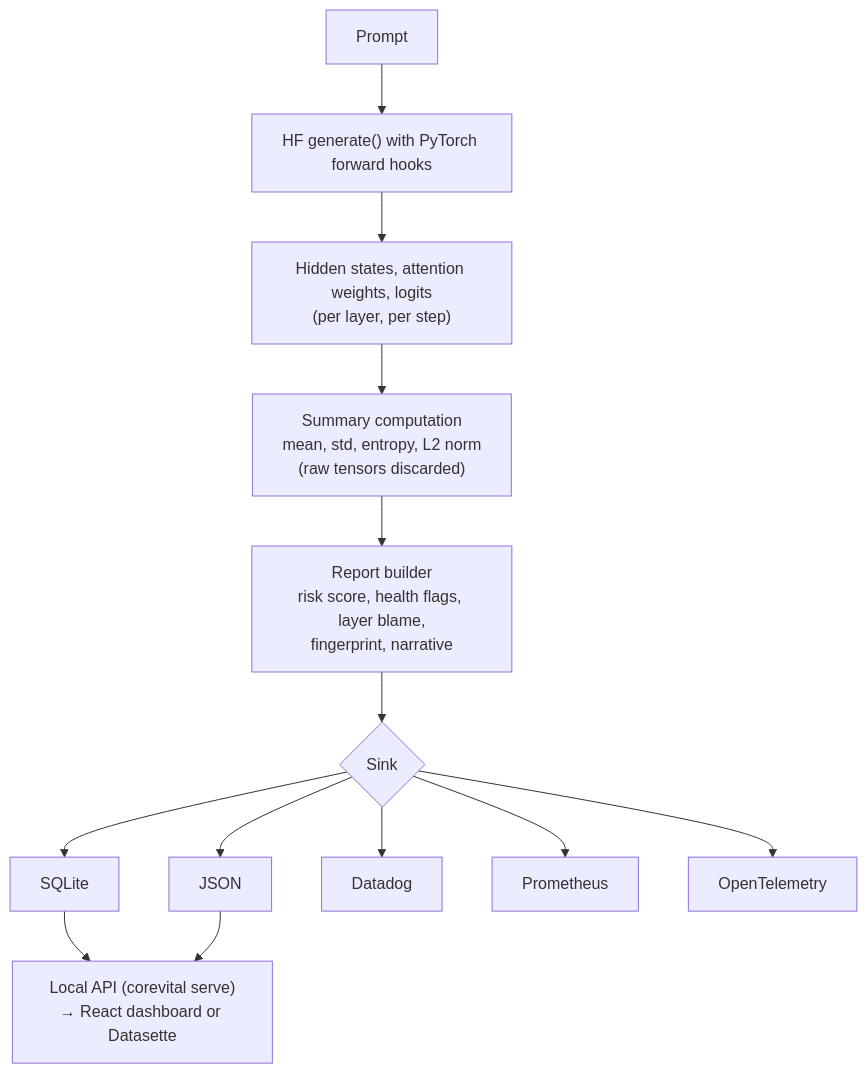
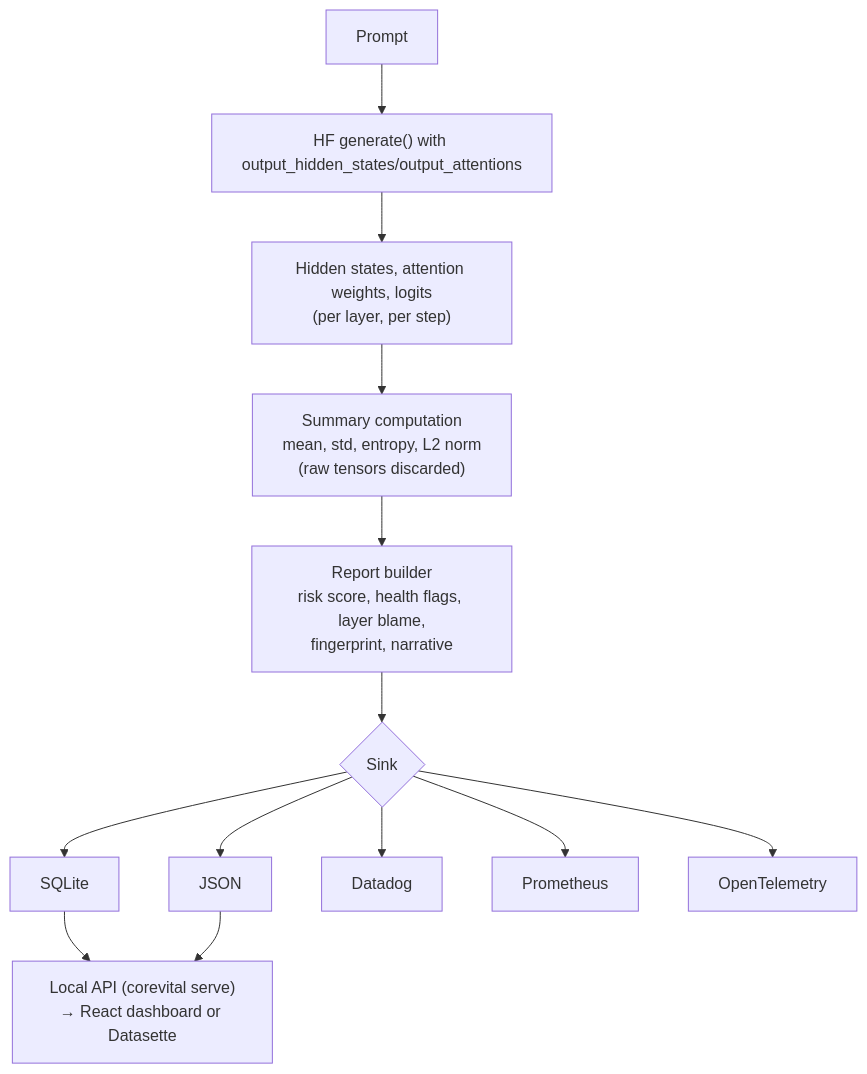
The diagram in README.md (Joe-b-20/CoreVital), drawn with Mermaid before and after one commit. The commit also changed other lines of this file and 6 other files, not shown here.

````diff
--- a/README.md
+++ b/README.md
@@ -70,15 +70,15 @@
 ```mermaid
 flowchart TD
-    A[Prompt] --> B["HF generate() with PyTorch forward hooks"]
+    A[Prompt] --> B["HF generate() with output_hidden_states/output_attentions"]
     B --> C["Hidden states, attention weights, logits\n(per layer, per step)"]
     C --> D["Summary computation\nmean, std, entropy, L2 norm\n(raw tensors discarded)"]
     D --> E["Report builder\nrisk score, health flags, layer blame,\nfingerprint, narrative"]
     E --> F{Sink}
     F --> G[SQLite]
     F --> H[JSON]
     F --> I[Datadog]
     F --> J[Prometheus]
     F --> K[OpenTelemetry]
     G --> L["Local API (corevital serve)\n→ React dashboard or Datasette"]
     H --> L
 ```
````
